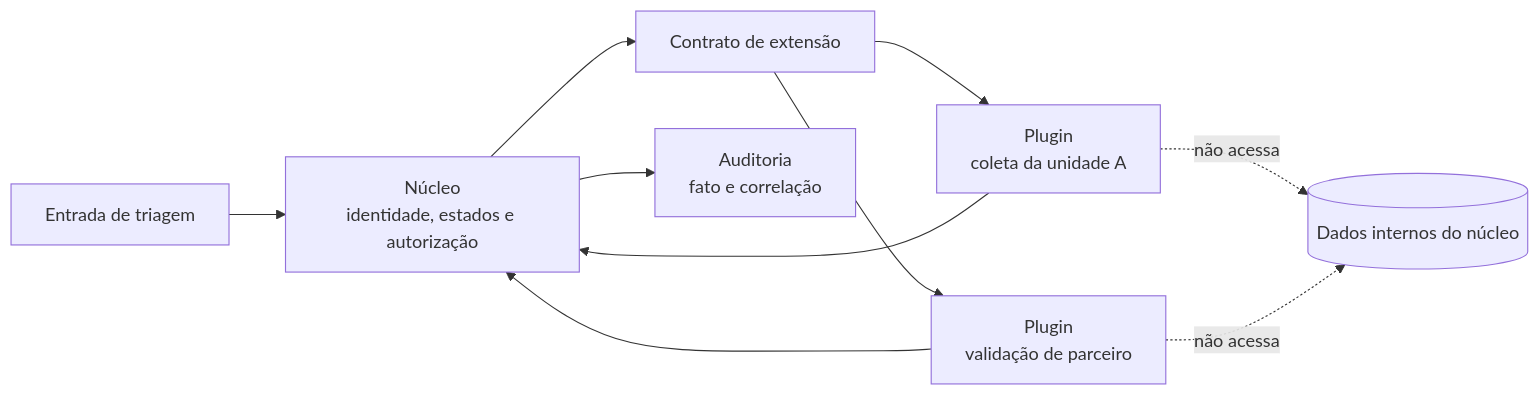
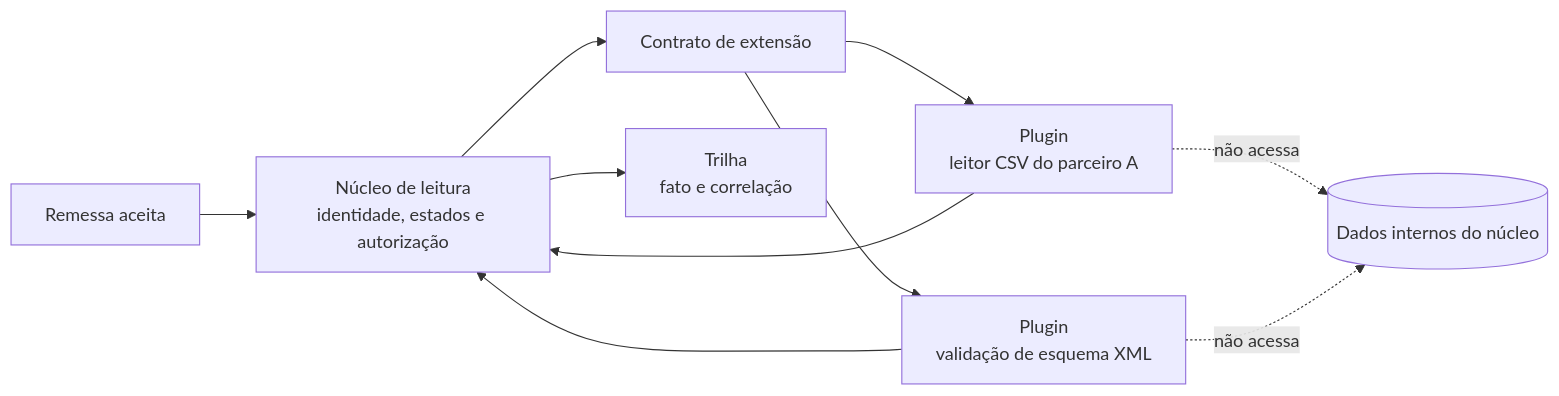
The fourth of 4 diagrams in docs/modulo-1-visao-geral/exemplo-arquitetural.md (marco-mendes/arquitetura-software), drawn with Mermaid before and after one commit. The commit also changed other lines of this file and 2 other files, not shown here.

````diff
--- a/docs/modulo-1-visao-geral/exemplo-arquitetural.md
+++ b/docs/modulo-1-visao-geral/exemplo-arquitetural.md
@@ -124,12 +126,12 @@
 ```mermaid
 flowchart LR
-    I["Entrada de triagem"] --> N["Núcleo\nidentidade, estados e autorização"]
+    I["Remessa aceita"] --> N["Núcleo de leitura\nidentidade, estados e autorização"]
     N --> C["Contrato de extensão"]
-    C --> P1["Plugin\ncoleta da unidade A"]
-    C --> P2["Plugin\nvalidação de parceiro"]
+    C --> P1["Plugin\nleitor CSV do parceiro A"]
+    C --> P2["Plugin\nvalidação de esquema XML"]
     P1 --> N
     P2 --> N
-    N --> AU["Auditoria\nfato e correlação"]
+    N --> AU["Trilha\nfato e correlação"]
     P1 -. "não acessa" .-> DB[("Dados internos do núcleo")]
     P2 -. "não acessa" .-> DB
 ```
````
